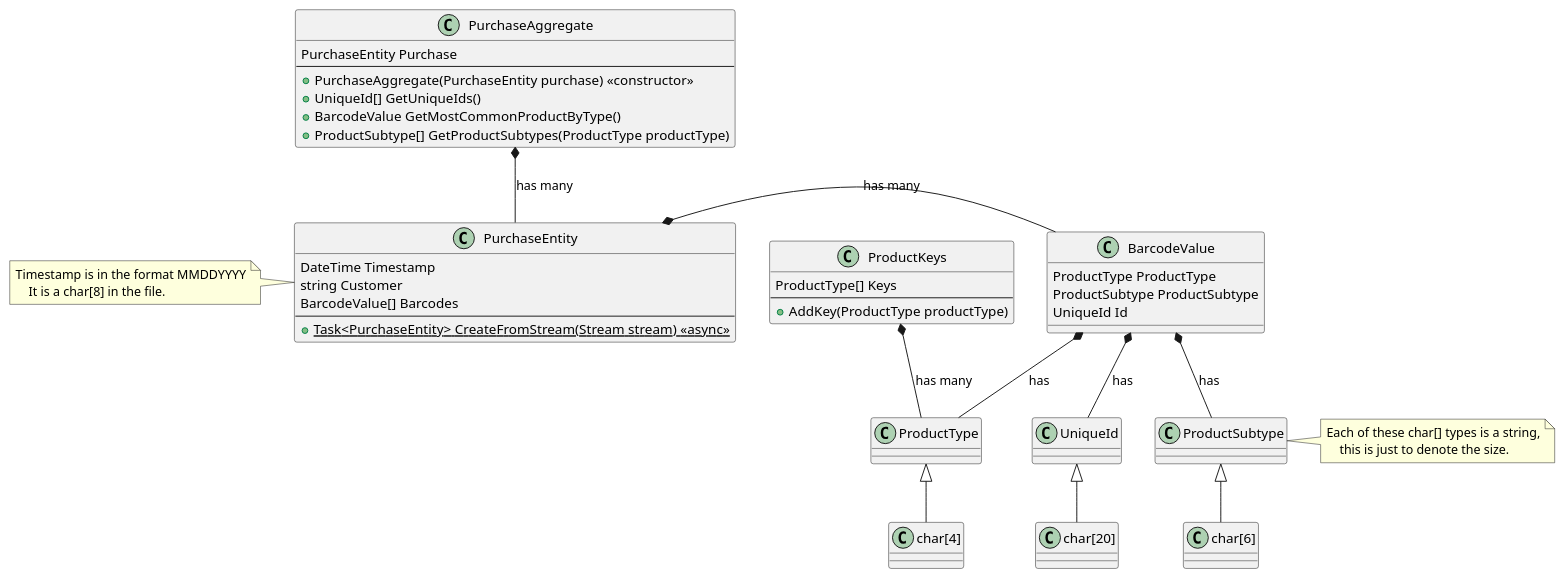
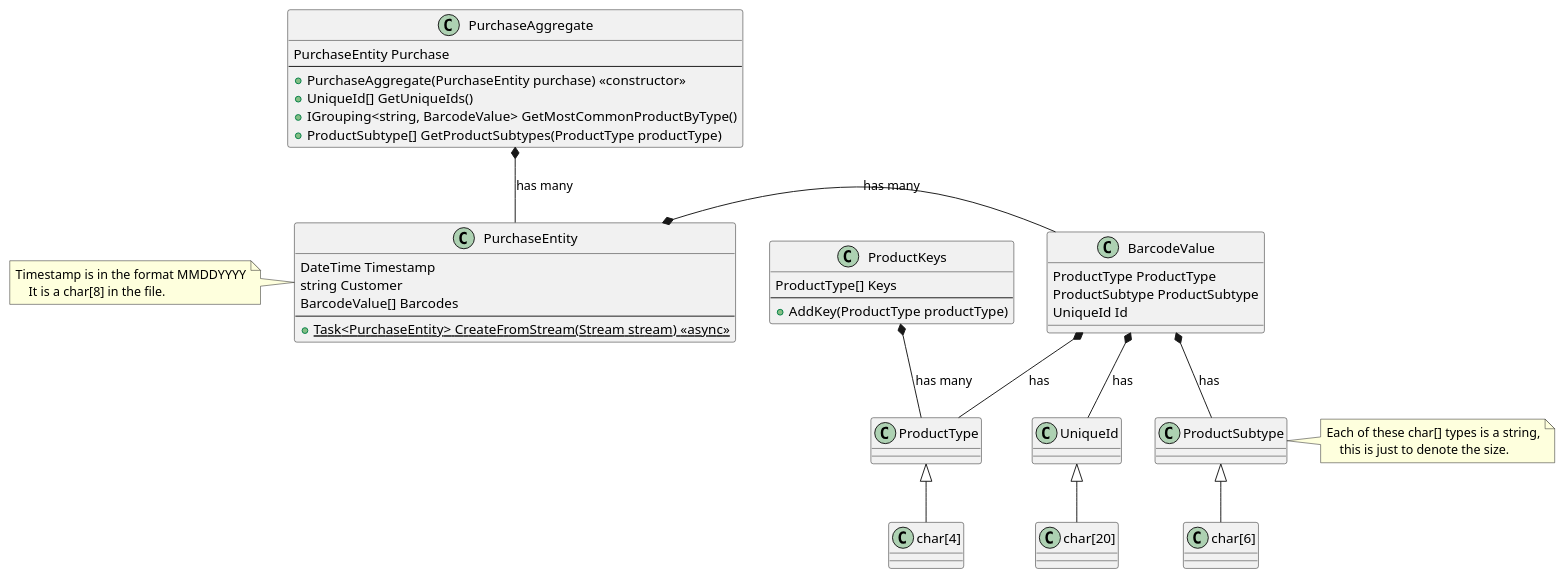
Before and after one commit to aholmes/2020-InterviewRound3: the diagram in docs/classStructure.puml, drawn with PlantUML. The commit also changed 1 other file, not shown here.

Commit message:
Update UML

```diff
--- a/docs/classStructure.puml
+++ b/docs/classStructure.puml
@@ -1,64 +1,64 @@
 @startuml
 
 '01232020Jamie
 'BEVGTTKYGDGJHGTFBNGDVZJGDIPXVS
 'CANFDNSKAVOUXSCGSYBHQYHNMDQOBL
 'FRZNQQNPSESCHIMIXOUHNAWLXRZEPT
 'BEVGZYUFGNIHDCZIPWLZJLPDSGNEAH
 
 class ProductKeys {
     ProductType[] Keys
     --
     +AddKey(ProductType productType)
 }
 
 class PurchaseEntity {
     DateTime Timestamp
     string Customer
     BarcodeValue[] Barcodes
     --
     {static} +Task<PurchaseEntity> CreateFromStream(Stream stream) <<async>>
 }
 note left
 Timestamp is in the format MMDDYYYY
     It is a char[8] in the file.
 end note
 
 class PurchaseAggregate {
     PurchaseEntity Purchase
     --
     +PurchaseAggregate(PurchaseEntity purchase) <<constructor>>
     +UniqueId[] GetUniqueIds()
-    +BarcodeValue GetMostCommonProductByType()
+    +IGrouping<string, BarcodeValue> GetMostCommonProductByType()
     +ProductSubtype[] GetProductSubtypes(ProductType productType)
 }
 
 class "char[4]" as char4
 class "char[6]" as char6
 class "char[20]" as char20
 
 ProductType <|-- char4
 ProductSubtype <|-- char6
 UniqueId <|-- char20
 note right of ProductSubtype
 Each of these char[] types is a string,
     this is just to denote the size.
 end note
 
 class BarcodeValue {
     ProductType ProductType
     ProductSubtype ProductSubtype
     UniqueId Id
 }
 
 BarcodeValue *-- ProductType : has
 BarcodeValue *-- ProductSubtype : has
 BarcodeValue *-- UniqueId : has
 
 ProductKeys *-- ProductType : has many
 
 PurchaseEntity *- BarcodeValue : has many
 
 PurchaseAggregate *-- PurchaseEntity : has many
 
 @enduml
```
